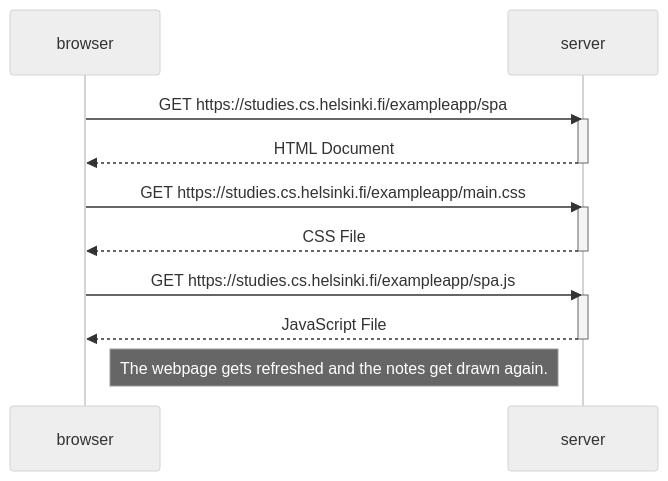
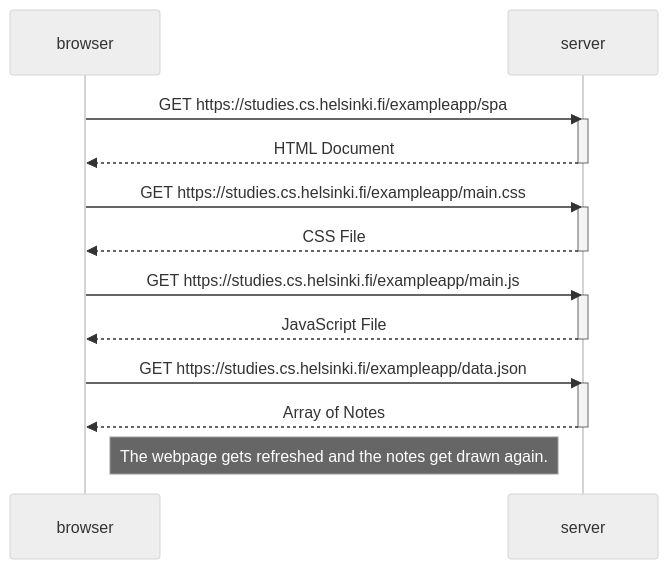
One commit to valtteriper/FullstackOpen changed the diagram in part_0.5.md. Above: the diagram before and after it, drawn with Mermaid (neutral theme).

````diff
--- a/part_0.5.md
+++ b/part_0.5.md
@@ -1,23 +1,28 @@
 ```mermaid
 sequenceDiagram
     participant browser
     participant server
     
     browser->>server: GET https://studies.cs.helsinki.fi/exampleapp/spa
     activate server
     server-->>browser: HTML Document
     deactivate server
 
     browser->>server: GET https://studies.cs.helsinki.fi/exampleapp/main.css
     activate server
     server-->>browser: CSS File
     deactivate server
 
-    browser->>server: GET https://studies.cs.helsinki.fi/exampleapp/spa.js
+    browser->>server: GET https://studies.cs.helsinki.fi/exampleapp/main.js
     activate server
     server-->>browser: JavaScript File
+    deactivate server
+
+    browser->>server: GET https://studies.cs.helsinki.fi/exampleapp/data.json
+    activate server
+    server-->>browser: Array of Notes
     deactivate server
 
 Note right of browser: The webpage gets refreshed and the notes get drawn again.
 
 ```
````
